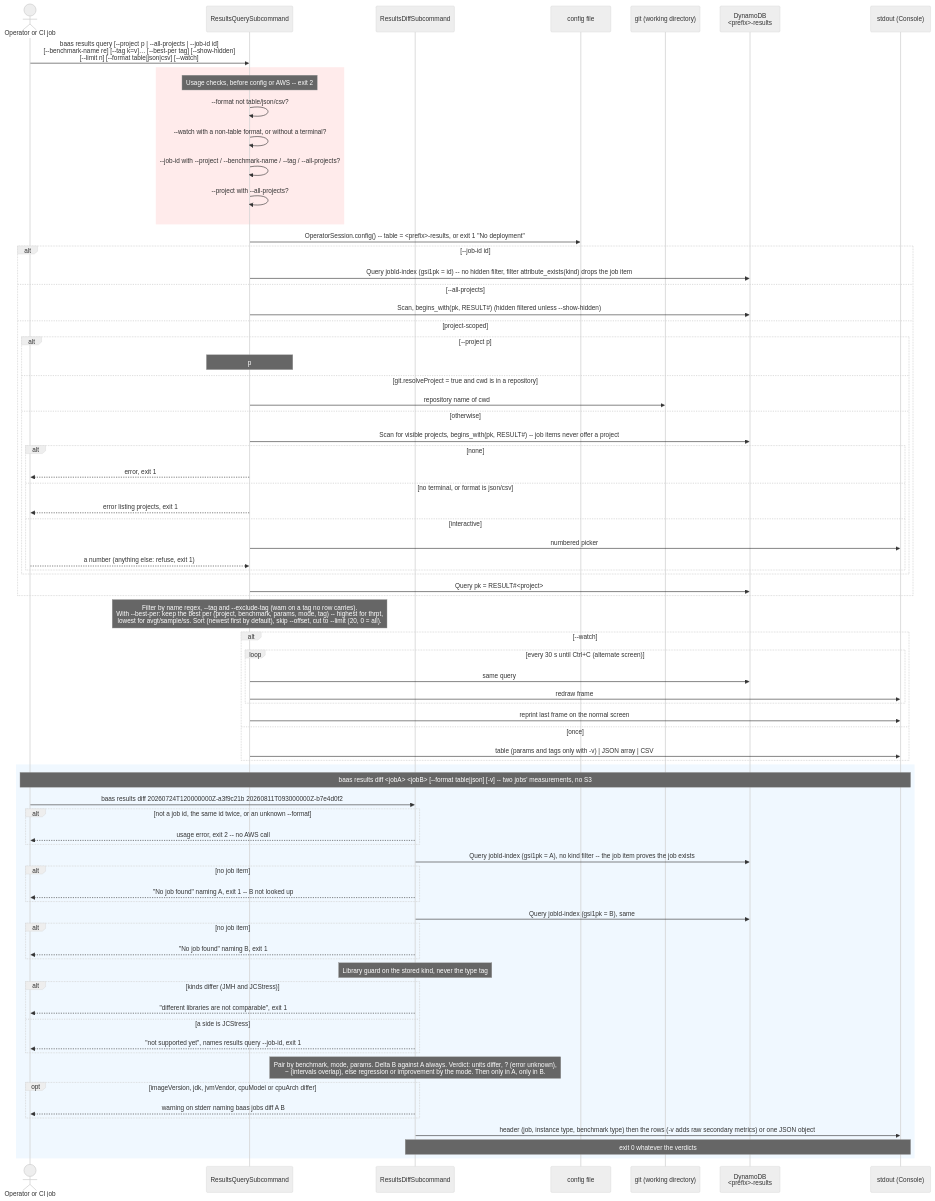
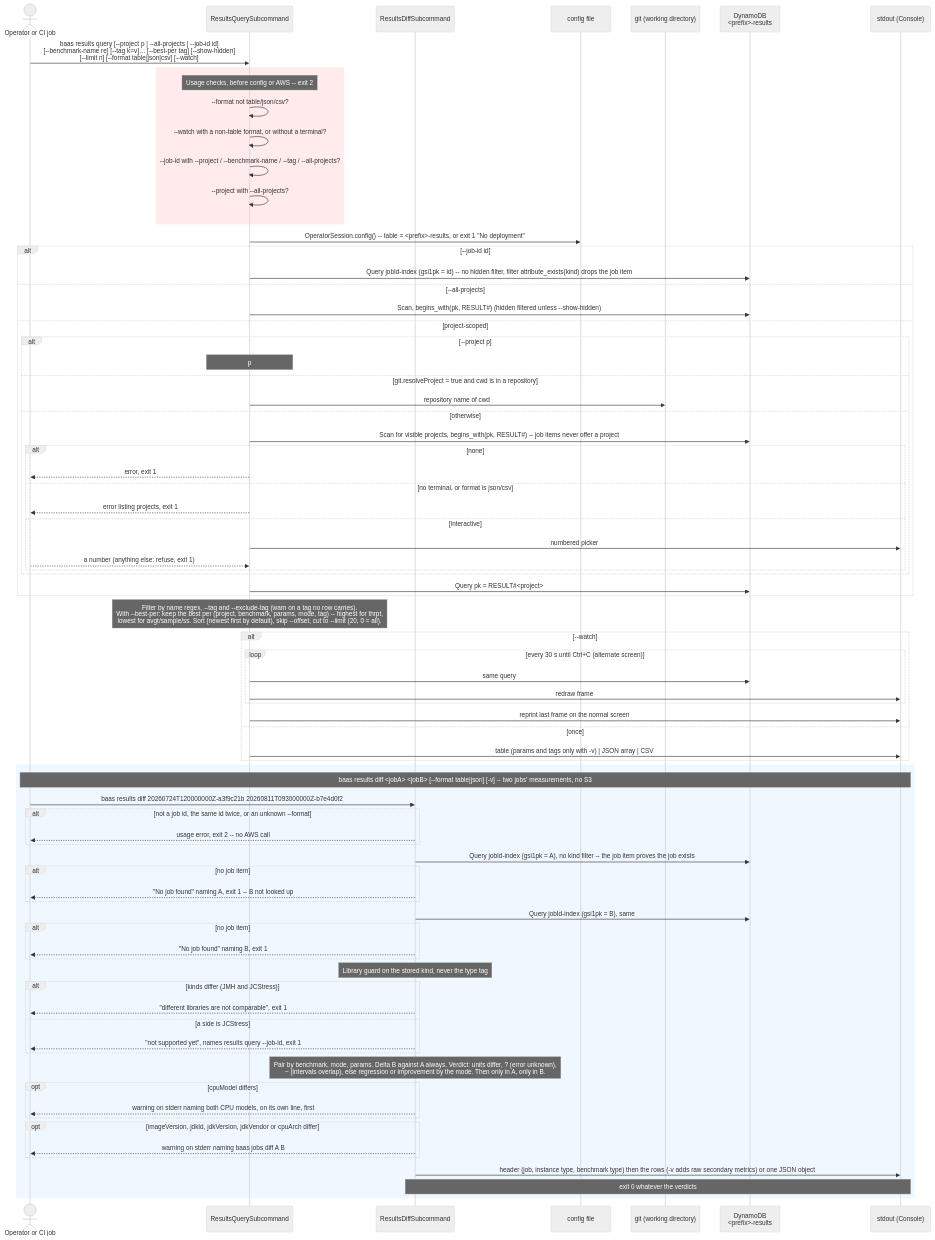
One commit to wsztajerowski/benchmark-as-a-service changed the diagram in docs/diagrams/baas-results.mmd. Above: the diagram before and after it, drawn with Mermaid (neutral theme). The commit also changed 12 other files, not shown here.

First line of the commit message:
docs: document JDK selection, the image extension and the JDK naming

```diff
--- a/docs/diagrams/baas-results.mmd
+++ b/docs/diagrams/baas-results.mmd
@@ -1,82 +1,85 @@
 sequenceDiagram
     actor User as Operator or CI job
     participant RC as ResultsQuerySubcommand
     participant RD as ResultsDiffSubcommand
     participant CFG as config file
     participant Git as git (working directory)
     participant DDB as DynamoDB<br/><prefix>-results
     participant Out as stdout (Console)
 
     User->>RC: baas results query [--project p | --all-projects | --job-id id]<br/>[--benchmark-name re] [--tag k=v]… [--best-per tag] [--show-hidden]<br/>[--limit n] [--format table|json|csv] [--watch]
 
     rect rgb(255, 235, 235)
         Note over RC: Usage checks, before config or AWS -- exit 2
         RC->>RC: --format not table/json/csv?
         RC->>RC: --watch with a non-table format, or without a terminal?
         RC->>RC: --job-id with --project / --benchmark-name / --tag / --all-projects?
         RC->>RC: --project with --all-projects?
     end
 
     RC->>CFG: OperatorSession.config() -- table = <prefix>-results, or exit 1 "No deployment"
 
     alt --job-id id
         RC->>DDB: Query jobId-index (gsi1pk = id) -- no hidden filter, filter attribute_exists(kind) drops the job item
     else --all-projects
         RC->>DDB: Scan, begins_with(pk, RESULT#35;) (hidden filtered unless --show-hidden)
     else project-scoped
         alt --project p
             Note over RC: p
         else git.resolveProject = true and cwd is in a repository
             RC->>Git: repository name of cwd
         else otherwise
             RC->>DDB: Scan for visible projects, begins_with(pk, RESULT#35;) -- job items never offer a project
             alt none
                 RC-->>User: error, exit 1
             else no terminal, or format is json/csv
                 RC-->>User: error listing projects, exit 1
             else interactive
                 RC->>Out: numbered picker
                 User-->>RC: a number (anything else: refuse, exit 1)
             end
         end
         RC->>DDB: Query pk = RESULT#35;<project>
     end
 
     Note over RC: Filter by name regex, --tag and --exclude-tag (warn on a tag no row carries).<br/>With --best-per: keep the best per (project, benchmark, params, mode, tag) -- highest for thrpt,<br/>lowest for avgt/sample/ss. Sort (newest first by default), skip --offset, cut to --limit (20, 0 = all).
     alt --watch
         loop every 30 s until Ctrl+C (alternate screen)
             RC->>DDB: same query
             RC->>Out: redraw frame
         end
         RC->>Out: reprint last frame on the normal screen
     else once
         RC->>Out: table (params and tags only with -v) | JSON array | CSV
     end
 
     rect rgb(240, 248, 255)
         Note over User,Out: baas results diff <jobA> <jobB> [--format table|json] [-v] -- two jobs' measurements, no S3
         User->>RD: baas results diff 20260724T120000000Z-a3f9c21b 20260811T093000000Z-b7e4d0f2
         alt not a job id, the same id twice, or an unknown --format
             RD-->>User: usage error, exit 2 -- no AWS call
         end
         RD->>DDB: Query jobId-index (gsi1pk = A), no kind filter -- the job item proves the job exists
         alt no job item
             RD-->>User: "No job found" naming A, exit 1 -- B not looked up
         end
         RD->>DDB: Query jobId-index (gsi1pk = B), same
         alt no job item
             RD-->>User: "No job found" naming B, exit 1
         end
         Note over RD: Library guard on the stored kind, never the type tag
         alt kinds differ (JMH and JCStress)
             RD-->>User: "different libraries are not comparable", exit 1
         else a side is JCStress
             RD-->>User: "not supported yet", names results query --job-id, exit 1
         end
         Note over RD: Pair by benchmark, mode, params. Delta B against A always. Verdict: units differ, ? (error unknown),<br/>~ (intervals overlap), else regression or improvement by the mode. Then only in A, only in B.
-        opt imageVersion, jdk, jvmVendor, cpuModel or cpuArch differ
+        opt cpuModel differs
+            RD-->>User: warning on stderr naming both CPU models, on its own line, first
+        end
+        opt imageVersion, jdkId, jdkVersion, jdkVendor or cpuArch differ
             RD-->>User: warning on stderr naming baas jobs diff A B
         end
         RD->>Out: header (job, instance type, benchmark type) then the rows (-v adds raw secondary metrics) or one JSON object
         Note over RD,Out: exit 0 whatever the verdicts
     end
```
